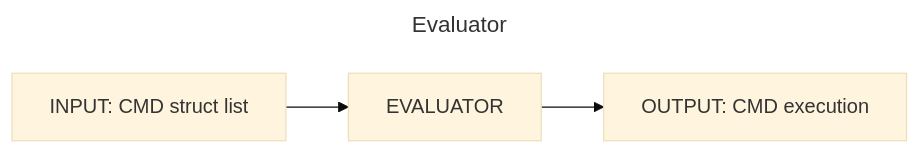
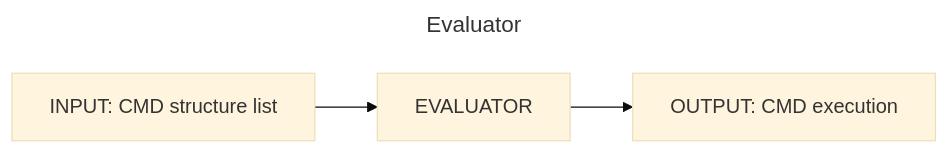
Before and after one commit to 3lsy/minishell: the second of 3 diagrams in docs/README.md, drawn with Mermaid (base theme). The commit also changed other lines of this file, not shown here.

````diff
--- a/docs/README.md
+++ b/docs/README.md
@@ -23,11 +23,11 @@
 ```mermaid
 ---
 title: Evaluator
 ---
 flowchart LR
-    input["INPUT: CMD struct list"]
+    input["INPUT: CMD structure list"]
     evaluator["EVALUATOR"]
     output["OUTPUT: CMD execution"]
     input --> evaluator
     evaluator --> output
 ```
````
